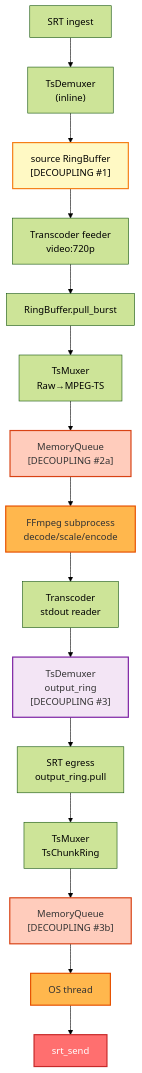
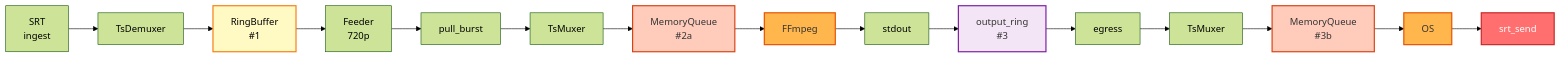
One commit to live-miracles/restream changed the tenth of 24 diagrams in docs/run-to-completion-analysis.md. Above: the diagram before and after it, drawn with Mermaid (forest theme). The commit also changed other lines of this file, not shown here.

First line of the commit message:
Restructure diagrams to use horizontal layout for vertical space efficiency

````diff
--- a/docs/run-to-completion-analysis.md
+++ b/docs/run-to-completion-analysis.md
@@ -454,28 +376,14 @@
 ```mermaid
-graph TD
-    A["SRT ingest"]
-    B["TsDemuxer<br/>(inline)"]
-    C["source RingBuffer<br/>[DECOUPLING #1]"]
-    D["Transcoder feeder<br/>video:720p"]
-    E["RingBuffer.pull_burst"]
-    F["TsMuxer<br/>Raw→MPEG-TS"]
-    G["MemoryQueue<br/>[DECOUPLING #2a]"]
-    H["FFmpeg subprocess<br/>decode/scale/encode"]
-    I["Transcoder<br/>stdout reader"]
-    J["TsDemuxer<br/>output_ring<br/>[DECOUPLING #3]"]
-    K["SRT egress<br/>output_ring.pull"]
-    L["TsMuxer<br/>TsChunkRing"]
-    M["MemoryQueue<br/>[DECOUPLING #3b]"]
-    N["OS thread"]
-    O["srt_send"]
-    
-    A --> B --> C --> D --> E --> F --> G --> H --> I --> J --> K --> L --> M --> N --> O
+graph LR
+    A["SRT<br/>ingest"] --> B["TsDemuxer"] --> C["RingBuffer<br/>#1"] --> D["Feeder<br/>720p"] --> E["pull_burst"]
+    E --> F["TsMuxer"] --> G["MemoryQueue<br/>#2a"] --> H["FFmpeg"] --> I["stdout"] --> J["output_ring<br/>#3"]
+    J --> K["egress"] --> L["TsMuxer"] --> M["MemoryQueue<br/>#3b"] --> N["OS"] --> O["srt_send"]
     
     style C fill:#fff9c4,stroke:#f57f17,stroke-width:2px,color:#000
     style G fill:#ffccbc,stroke:#d84315,stroke-width:2px,color:#333
     style H fill:#ffb74d,stroke:#e65100,stroke-width:2px,color:#333
     style J fill:#f3e5f5,stroke:#7b1fa2,stroke-width:2px,color:#333
     style M fill:#ffccbc,stroke:#d84315,stroke-width:2px,color:#333
     style N fill:#ffb74d,stroke:#e65100,stroke-width:2px,color:#333
     style O fill:#ff6f6f,stroke:#c62828,stroke-width:2px,color:#fff
 ```
````
